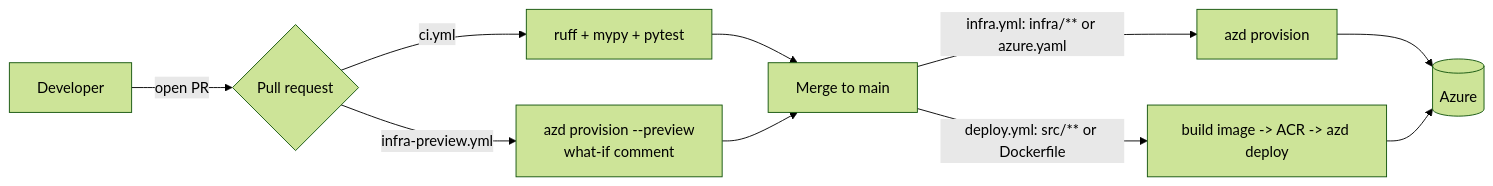
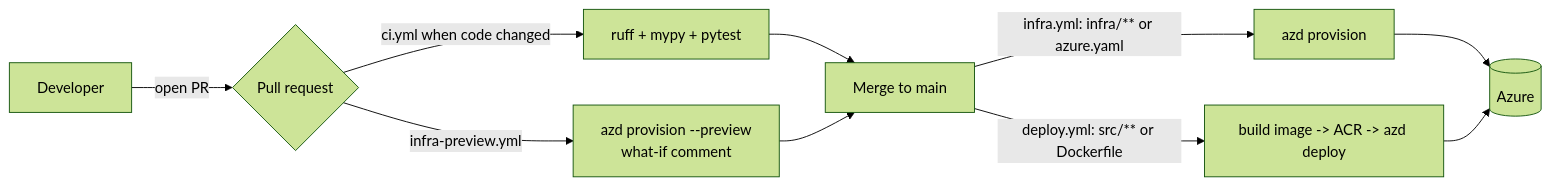
Before and after one commit to jluqueba/wodbuster-booking-scheduler: the fourth of 4 diagrams in docs/DEVELOPER_GUIDE.md, drawn with Mermaid (forest theme). The commit also changed other lines of this file and 17 other files, not shown here.

````diff
--- a/docs/DEVELOPER_GUIDE.md
+++ b/docs/DEVELOPER_GUIDE.md
@@ -181,12 +187,12 @@
 ```mermaid
 flowchart LR
     dev[Developer] -->|open PR| pr{Pull request}
-    pr -->|ci.yml| ci[ruff + mypy + pytest]
+    pr -->|ci.yml when code changed| ci[ruff + mypy + pytest]
     pr -->|infra-preview.yml| preview[azd provision --preview<br/>what-if comment]
     ci --> merge[Merge to main]
     preview --> merge
     merge -->|infra.yml: infra/** or azure.yaml| infra[azd provision]
     merge -->|deploy.yml: src/** or Dockerfile| deploy[build image -> ACR -> azd deploy]
     infra --> azure[(Azure)]
     deploy --> azure
 ```
````
